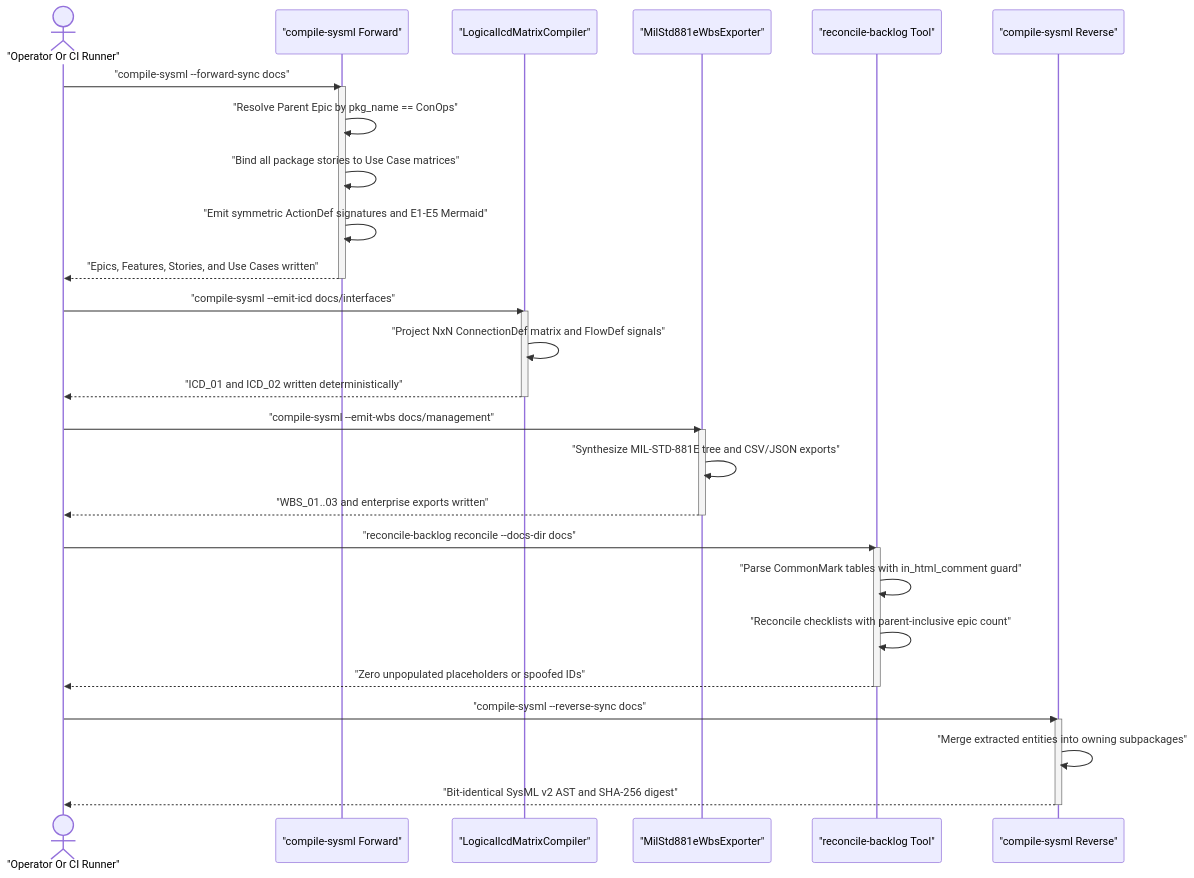
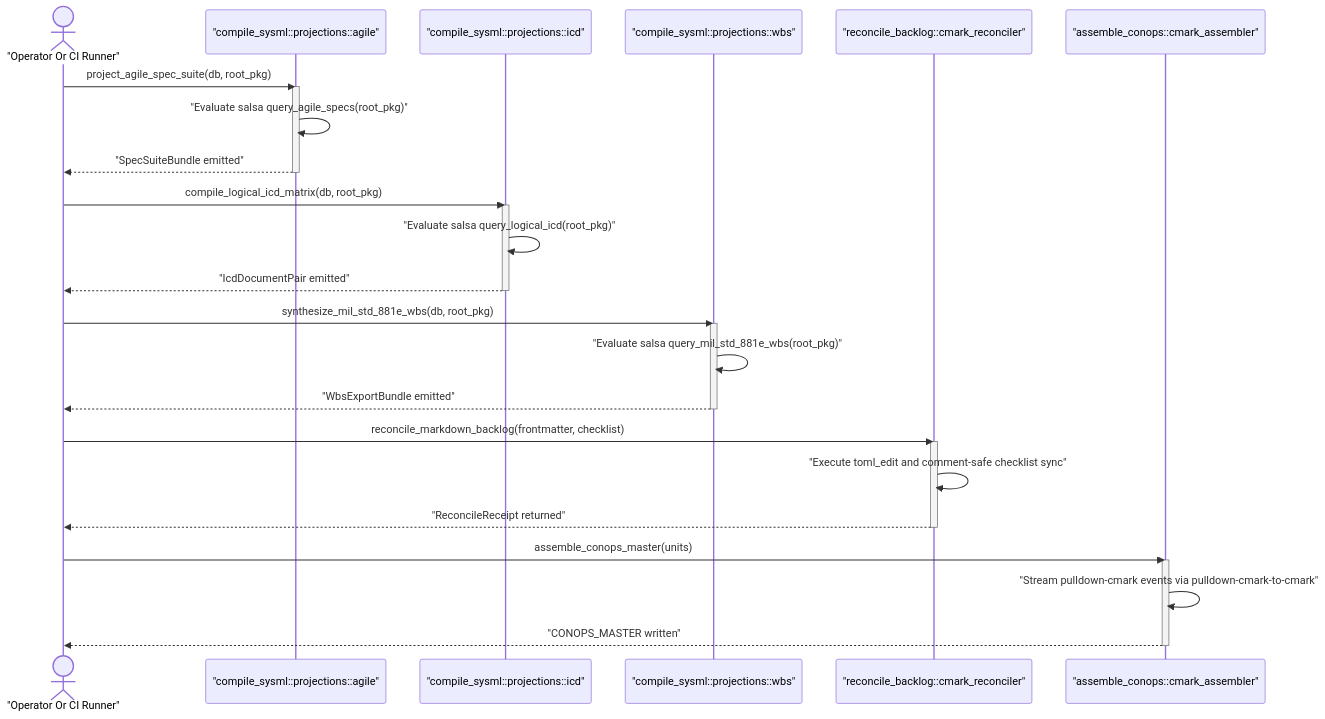
One commit to gintatkinson/DEAP01-spec-core changed the third of 4 diagrams in docs/designs/blueprint-04-deterministic-spec-icd-wbs-forward-compiler.md. Above: the diagram before and after it, drawn with Mermaid. The commit also changed other lines of this file and 2 other files, not shown here.

Commit message:
docs(blueprints): refactor BP-04 onto pulldown-cmark, toml_edit, and salsa

````diff
--- a/docs/designs/blueprint-04-deterministic-spec-icd-wbs-forward-compiler.md
+++ b/docs/designs/blueprint-04-deterministic-spec-icd-wbs-forward-compiler.md
@@ -212,42 +224,39 @@
 ```mermaid
 sequenceDiagram
     actor CLI as "Operator Or CI Runner"
-    participant Fwd as "compile-sysml Forward"
-    participant Icd as "LogicalIcdMatrixCompiler"
-    participant Wbs as "MilStd881eWbsExporter"
-    participant Rec as "reconcile-backlog Tool"
-    participant Rev as "compile-sysml Reverse"
+    participant Fwd as "compile_sysml::projections::agile"
+    participant Icd as "compile_sysml::projections::icd"
+    participant Wbs as "compile_sysml::projections::wbs"
+    participant Rec as "reconcile_backlog::cmark_reconciler"
+    participant Asm as "assemble_conops::cmark_assembler"
 
-    CLI->>Fwd: "compile-sysml --forward-sync docs"
+    CLI->>Fwd: project_agile_spec_suite(db, root_pkg)
     activate Fwd
-    Fwd->>Fwd: "Resolve Parent Epic by pkg_name == ConOps"
-    Fwd->>Fwd: "Bind all package stories to Use Case matrices"
-    Fwd->>Fwd: "Emit symmetric ActionDef signatures and E1-E5 Mermaid"
-    Fwd-->>CLI: "Epics, Features, Stories, and Use Cases written"
+    Fwd->>Fwd: "Evaluate salsa query_agile_specs(root_pkg)"
+    Fwd-->>CLI: "SpecSuiteBundle emitted"
     deactivate Fwd
 
-    CLI->>Icd: "compile-sysml --emit-icd docs/interfaces"
+    CLI->>Icd: compile_logical_icd_matrix(db, root_pkg)
     activate Icd
-    Icd->>Icd: "Project NxN ConnectionDef matrix and FlowDef signals"
-    Icd-->>CLI: "ICD_01 and ICD_02 written deterministically"
+    Icd->>Icd: "Evaluate salsa query_logical_icd(root_pkg)"
+    Icd-->>CLI: "IcdDocumentPair emitted"
     deactivate Icd
 
-    CLI->>Wbs: "compile-sysml --emit-wbs docs/management"
+    CLI->>Wbs: synthesize_mil_std_881e_wbs(db, root_pkg)
     activate Wbs
-    Wbs->>Wbs: "Synthesize MIL-STD-881E tree and CSV/JSON exports"
-    Wbs-->>CLI: "WBS_01..03 and enterprise exports written"
+    Wbs->>Wbs: "Evaluate salsa query_mil_std_881e_wbs(root_pkg)"
+    Wbs-->>CLI: "WbsExportBundle emitted"
     deactivate Wbs
 
-    CLI->>Rec: "reconcile-backlog reconcile --docs-dir docs"
+    CLI->>Rec: reconcile_markdown_backlog(frontmatter, checklist)
     activate Rec
-    Rec->>Rec: "Parse CommonMark tables with in_html_comment guard"
-    Rec->>Rec: "Reconcile checklists with parent-inclusive epic count"
-    Rec-->>CLI: "Zero unpopulated placeholders or spoofed IDs"
+    Rec->>Rec: "Execute toml_edit and comment-safe checklist sync"
+    Rec-->>CLI: "ReconcileReceipt returned"
     deactivate Rec
 
-    CLI->>Rev: "compile-sysml --reverse-sync docs"
-    activate Rev
-    Rev->>Rev: "Merge extracted entities into owning subpackages"
-    Rev-->>CLI: "Bit-identical SysML v2 AST and SHA-256 digest"
-    deactivate Rev
+    CLI->>Asm: assemble_conops_master(units)
+    activate Asm
+    Asm->>Asm: "Stream pulldown-cmark events via pulldown-cmark-to-cmark"
+    Asm-->>CLI: "CONOPS_MASTER written"
+    deactivate Asm
 ```
````
